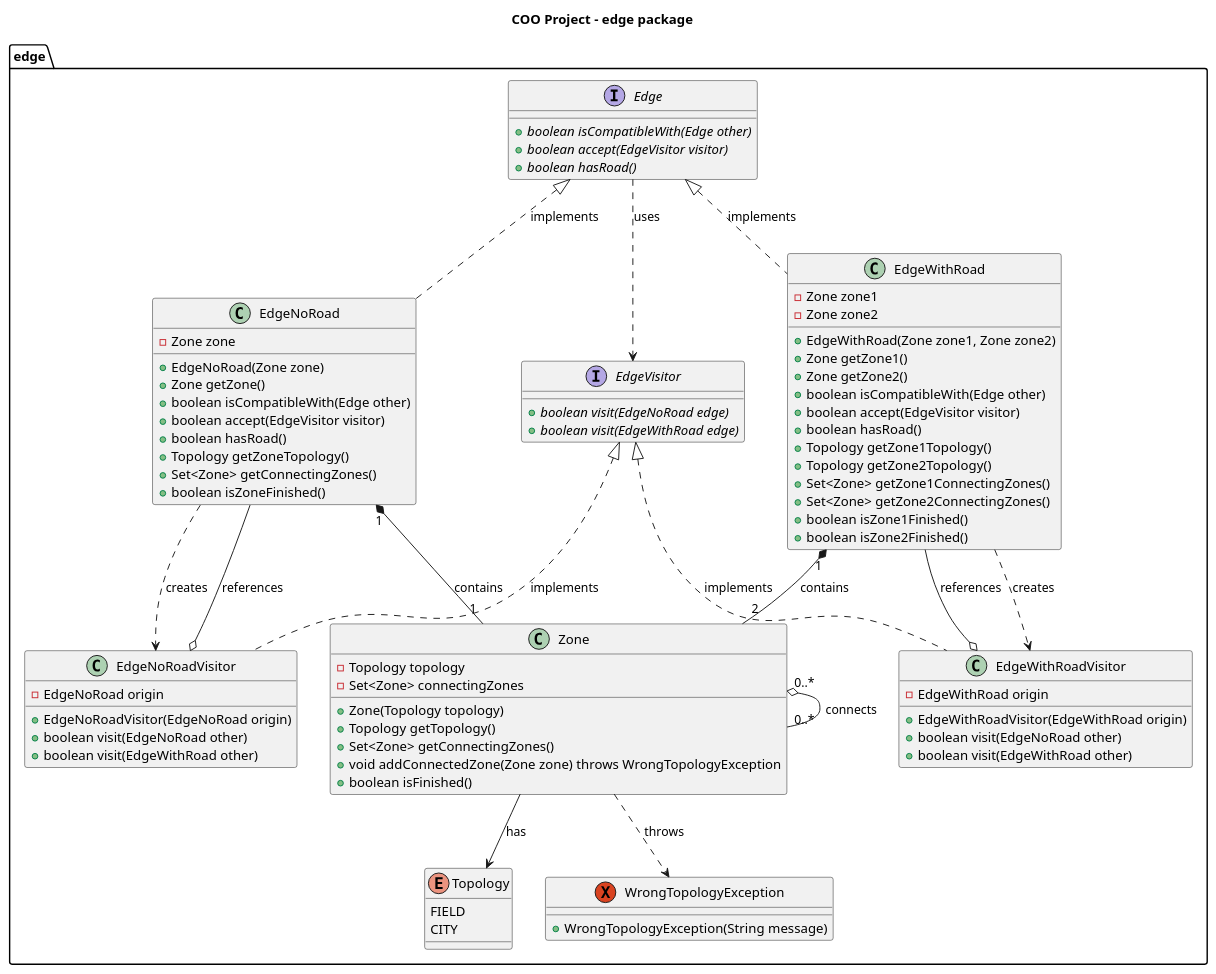
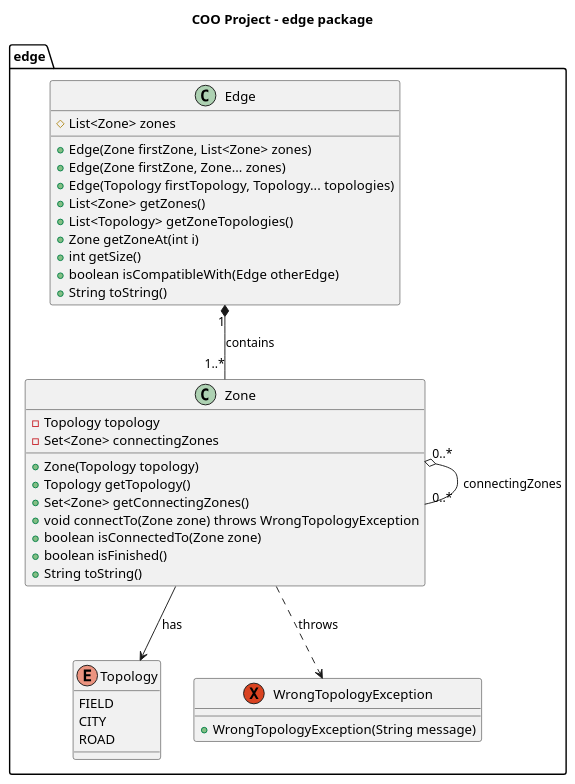
The diagram in umls/edge_package.puml (Tom-Taffin/game-elements_projet_l3), drawn with PlantUML before and after one commit. The commit also changed 4 other files, not shown here.

```diff
--- a/umls/edge_package.puml
+++ b/umls/edge_package.puml
@@ -1,102 +1,48 @@
 @startuml edge_package
 title COO Project - edge package
 
 package edge {
-    interface Edge {
-        + {abstract} boolean isCompatibleWith(Edge other)
-        + {abstract} boolean accept(EdgeVisitor visitor)
-        + {abstract} boolean hasRoad()
-    }
-    
-    class EdgeNoRoad {
-        - Zone zone
+    class Edge {
+        # List<Zone> zones
         
-        + EdgeNoRoad(Zone zone)
-        + Zone getZone()
-        + boolean isCompatibleWith(Edge other)
-        + boolean accept(EdgeVisitor visitor)
-        + boolean hasRoad()
-        + Topology getZoneTopology()
-        + Set<Zone> getConnectingZones()
-        + boolean isZoneFinished()
-    }
-    
-    class EdgeWithRoad {
-        - Zone zone1
-        - Zone zone2
-        
-        + EdgeWithRoad(Zone zone1, Zone zone2)
-        + Zone getZone1()
-        + Zone getZone2()
-        + boolean isCompatibleWith(Edge other)
-        + boolean accept(EdgeVisitor visitor)
-        + boolean hasRoad()
-        + Topology getZone1Topology()
-        + Topology getZone2Topology()
-        + Set<Zone> getZone1ConnectingZones()
-        + Set<Zone> getZone2ConnectingZones()
-        + boolean isZone1Finished()
-        + boolean isZone2Finished()
+        + Edge(Zone firstZone, List<Zone> zones)
+        + Edge(Zone firstZone, Zone... zones)
+        + Edge(Topology firstTopology, Topology... topologies)
+        + List<Zone> getZones()
+        + List<Topology> getZoneTopologies()
+        + Zone getZoneAt(int i)
+        + int getSize()
+        + boolean isCompatibleWith(Edge otherEdge)
+        + String toString()
     }
     
     class Zone {
         - Topology topology
         - Set<Zone> connectingZones
         
         + Zone(Topology topology)
         + Topology getTopology()
         + Set<Zone> getConnectingZones()
-        + void addConnectedZone(Zone zone) throws WrongTopologyException
+        + void connectTo(Zone zone) throws WrongTopologyException
+        + boolean isConnectedTo(Zone zone)
         + boolean isFinished()
-    }
-    
-    interface EdgeVisitor {
-        + {abstract} boolean visit(EdgeNoRoad edge)
-        + {abstract} boolean visit(EdgeWithRoad edge)
-    }
-    
-    class EdgeNoRoadVisitor {
-        - EdgeNoRoad origin
-        
-        + EdgeNoRoadVisitor(EdgeNoRoad origin)
-        + boolean visit(EdgeNoRoad other)
-        + boolean visit(EdgeWithRoad other)
-    }
-    
-    class EdgeWithRoadVisitor {
-        - EdgeWithRoad origin
-        
-        + EdgeWithRoadVisitor(EdgeWithRoad origin)
-        + boolean visit(EdgeNoRoad other)
-        + boolean visit(EdgeWithRoad other)
+        + String toString()
     }
     
     enum Topology {
         FIELD
         CITY
+        ROAD
     }
     
     exception WrongTopologyException {
         + WrongTopologyException(String message)
     }
     
-    Edge <|.. EdgeNoRoad : implements
-    Edge <|.. EdgeWithRoad : implements
-    EdgeVisitor <|.. EdgeNoRoadVisitor : implements
-    EdgeVisitor <|.. EdgeWithRoadVisitor : implements
-    
-    EdgeNoRoad "1" *-- "1" Zone : contains
-    EdgeWithRoad "1" *-- "2" Zone : contains
-    Zone "0..*" o-- "0..*" Zone : connects
+    Edge "1" *-- "1..*" Zone : contains
+    Zone "0..*" o-- "0..*" Zone : connectingZones
     Zone --> Topology : has
     Zone ..> WrongTopologyException : throws
-    
-    EdgeNoRoadVisitor o-- EdgeNoRoad : references
-    EdgeWithRoadVisitor o-- EdgeWithRoad : references
-    
-    Edge ..> EdgeVisitor : uses
-    EdgeNoRoad ..> EdgeNoRoadVisitor : creates
-    EdgeWithRoad ..> EdgeWithRoadVisitor : creates
 }
 
 @enduml
```
